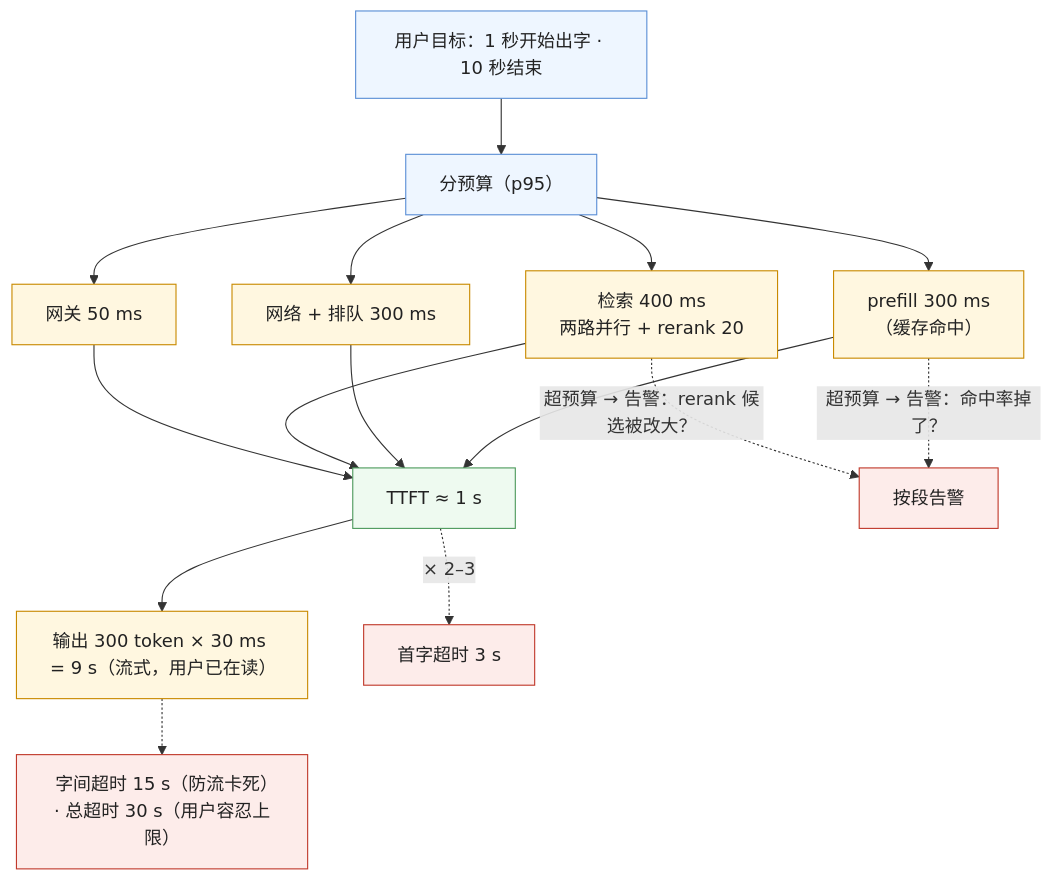
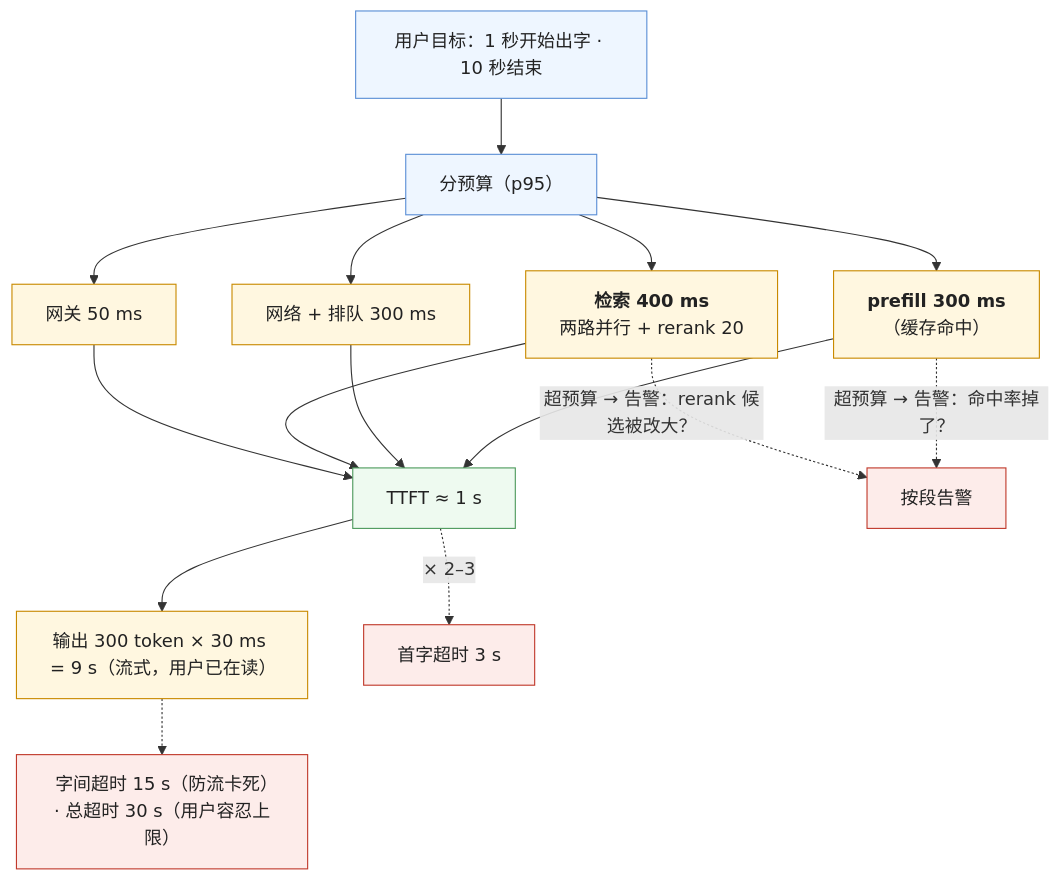
One commit to arganzheng/arganzheng.github.com changed the fourth of 5 diagrams in _posts/2026-11-10-latency-engineering-from-ttft-to-multi-step-agents.md. Above: the diagram before and after it, drawn with Mermaid. The commit also changed 7 other files, not shown here.

First line of the commit message:
生产化与运营：让 AI 应用可靠、可控、可持续地跑：Mermaid 多行方框的首行标为标题（8 篇）

````diff
--- a/_posts/2026-11-10-latency-engineering-from-ttft-to-multi-step-agents.md
+++ b/_posts/2026-11-10-latency-engineering-from-ttft-to-multi-step-agents.md
@@ -162,20 +162,20 @@
 ```mermaid
 %% 图：p95 预算怎么分到每段、每段的告警与超时怎么从预算推出来——总时长目标 10 秒、首字 1 秒；分到网关 50 ms、检索 400、排队 300、prefill 300；每段的 p95 超预算就告警到那一段（rerank 候选被改大 → 检索段；命中率掉 → prefill 段）；首字超时 = TTFT 预算 × 2–3 = 3 秒，字间超时 15 秒，总超时 = 用户容忍上限 30 秒
 flowchart TB
     G["用户目标：1 秒开始出字 · 10 秒结束"] --> B["分预算（p95）"]
-    B --> S1["网关 50 ms"] & S2["检索 400 ms<br/>两路并行 + rerank 20"] & S3["网络 + 排队 300 ms"] & S4["prefill 300 ms<br/>（缓存命中）"]
+    B --> S1["网关 50 ms"] & S2["<b>检索 400 ms</b><br/>两路并行 + rerank 20"] & S3["网络 + 排队 300 ms"] & S4["<b>prefill 300 ms</b><br/>（缓存命中）"]
     S1 & S2 & S3 & S4 --> T["TTFT ≈ 1 s"]
     T --> O["输出 300 token × 30 ms = 9 s（流式，用户已在读）"]
     S2 -.->|"超预算 → 告警：rerank 候选被改大？"| AL["按段告警"]
     S4 -.->|"超预算 → 告警：命中率掉了？"| AL
     T -.->|"× 2–3"| TO1["首字超时 3 s"]
     O -.-> TO2["字间超时 15 s（防流卡死）· 总超时 30 s（用户容忍上限）"]
     classDef g fill:#eef6ff,stroke:#5b8fd6,color:#222
     classDef s fill:#fff7e0,stroke:#c98a00,color:#222
     classDef t fill:#eefaf0,stroke:#4d9a5c,color:#222
     classDef a fill:#fdecea,stroke:#c0392b,color:#222
     class G,B g
     class S1,S2,S3,S4,O s
     class T t
     class AL,TO1,TO2 a
 ```
````
